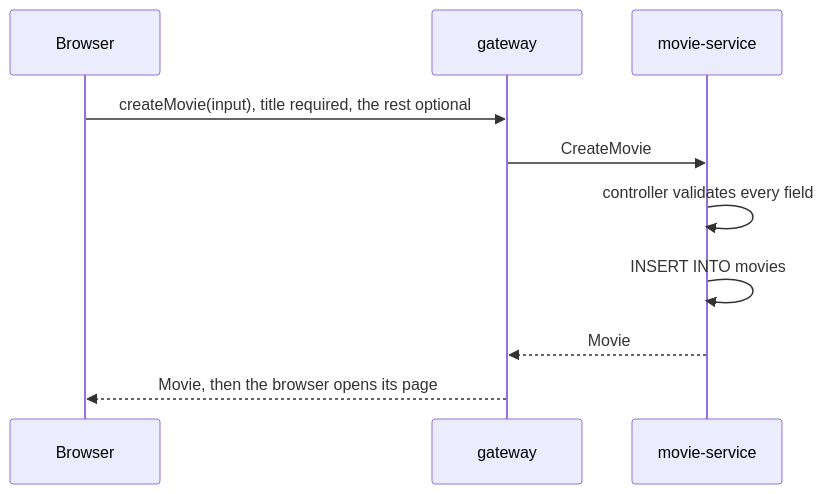
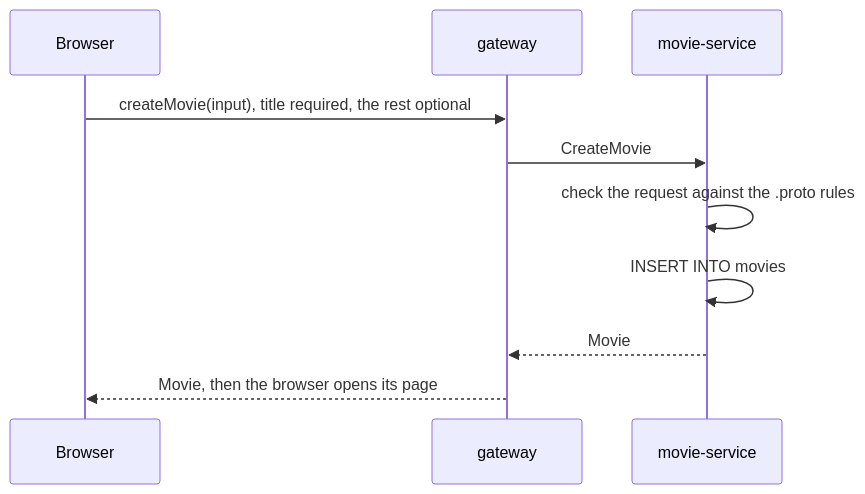
The second of 6 diagrams in docs/backend-design.md (dancepop/svelte-kotlin-try), drawn with Mermaid before and after one commit. The commit also changed other lines of this file and 45 other files, not shown here.

````diff
--- a/docs/backend-design.md
+++ b/docs/backend-design.md
@@ -121,12 +122,12 @@
 ```mermaid
 sequenceDiagram
   participant B as Browser
   participant G as gateway
   participant V as movie-service
   B->>G: createMovie(input), title required, the rest optional
   G->>V: CreateMovie
-  V->>V: controller validates every field
+  V->>V: check the request against the .proto rules
   V->>V: INSERT INTO movies
   V-->>G: Movie
   G-->>B: Movie, then the browser opens its page
 ```
````
